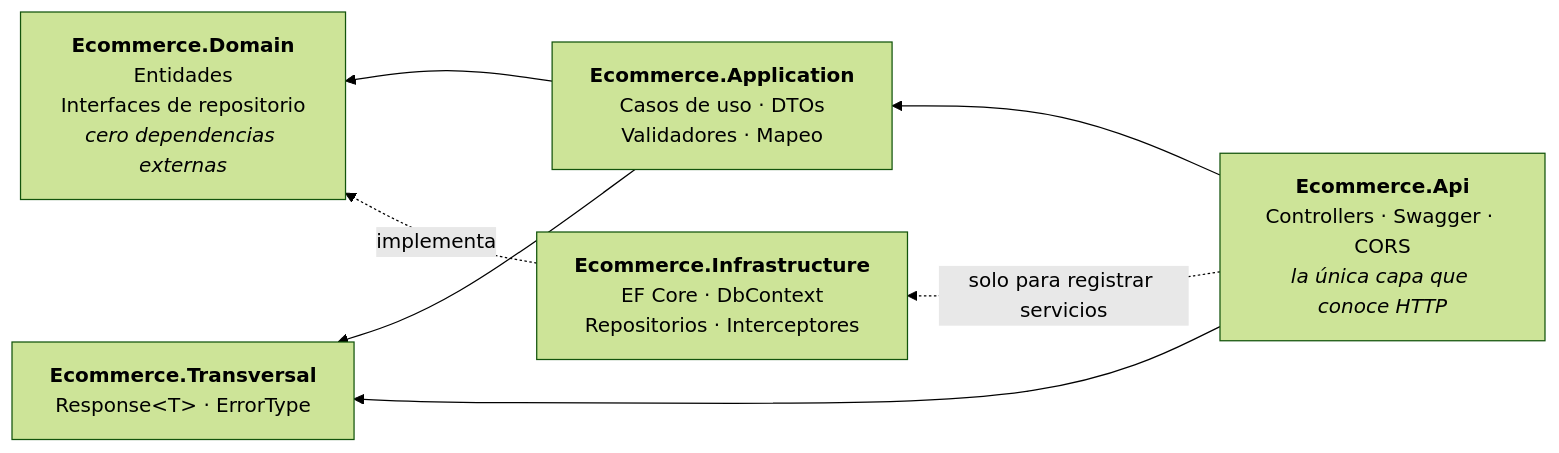
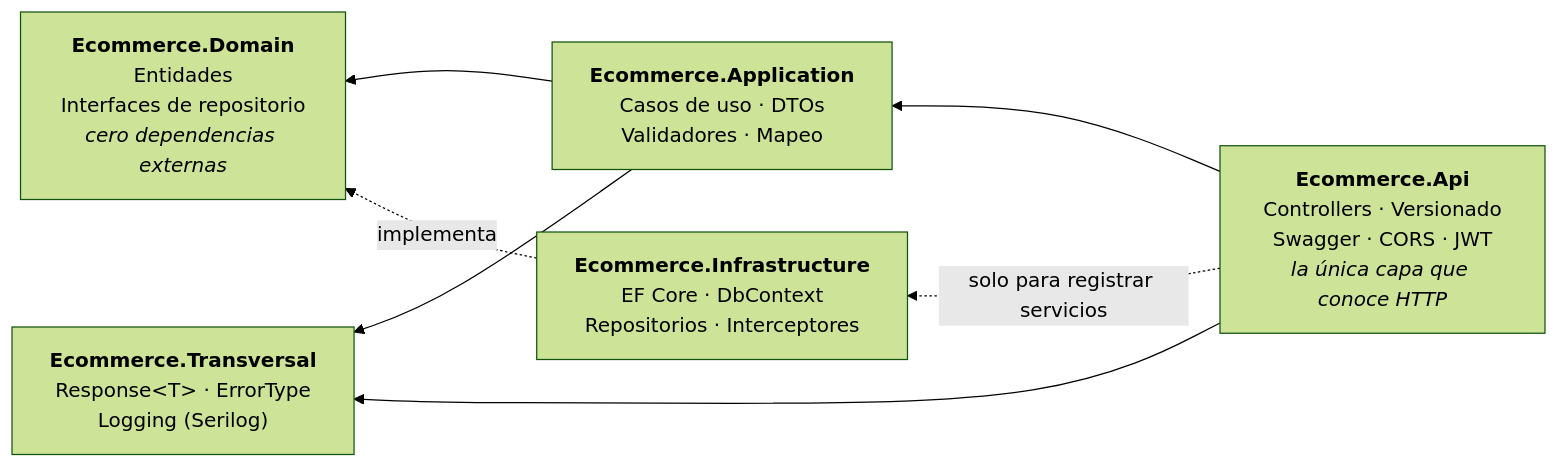
The diagram in README.md (rubendevvalencia/BackendPortfolio), drawn with Mermaid (forest theme) before and after one commit. The commit also changed other lines of this file, not shown here.

````diff
--- a/README.md
+++ b/README.md
@@ -18,15 +18,15 @@
 ```mermaid
 flowchart RL
-    API["<b>Ecommerce.Api</b><br/>Controllers · Swagger · CORS<br/><i>la única capa que conoce HTTP</i>"]
+    API["<b>Ecommerce.Api</b><br/>Controllers · Versionado<br/>Swagger · CORS · JWT<br/><i>la única capa que conoce HTTP</i>"]
     APP["<b>Ecommerce.Application</b><br/>Casos de uso · DTOs<br/>Validadores · Mapeo"]
     DOM["<b>Ecommerce.Domain</b><br/>Entidades<br/>Interfaces de repositorio<br/><i>cero dependencias externas</i>"]
     INF["<b>Ecommerce.Infrastructure</b><br/>EF Core · DbContext<br/>Repositorios · Interceptores"]
-    TRA["<b>Ecommerce.Transversal</b><br/>Response&lt;T&gt; · ErrorType"]
+    TRA["<b>Ecommerce.Transversal</b><br/>Response&lt;T&gt; · ErrorType<br/>Logging (Serilog)"]
 
     API --> APP
     APP --> DOM
     INF -.->|implementa| DOM
     API -.->|solo para registrar servicios| INF
     APP --> TRA
     API --> TRA
 ```
````
